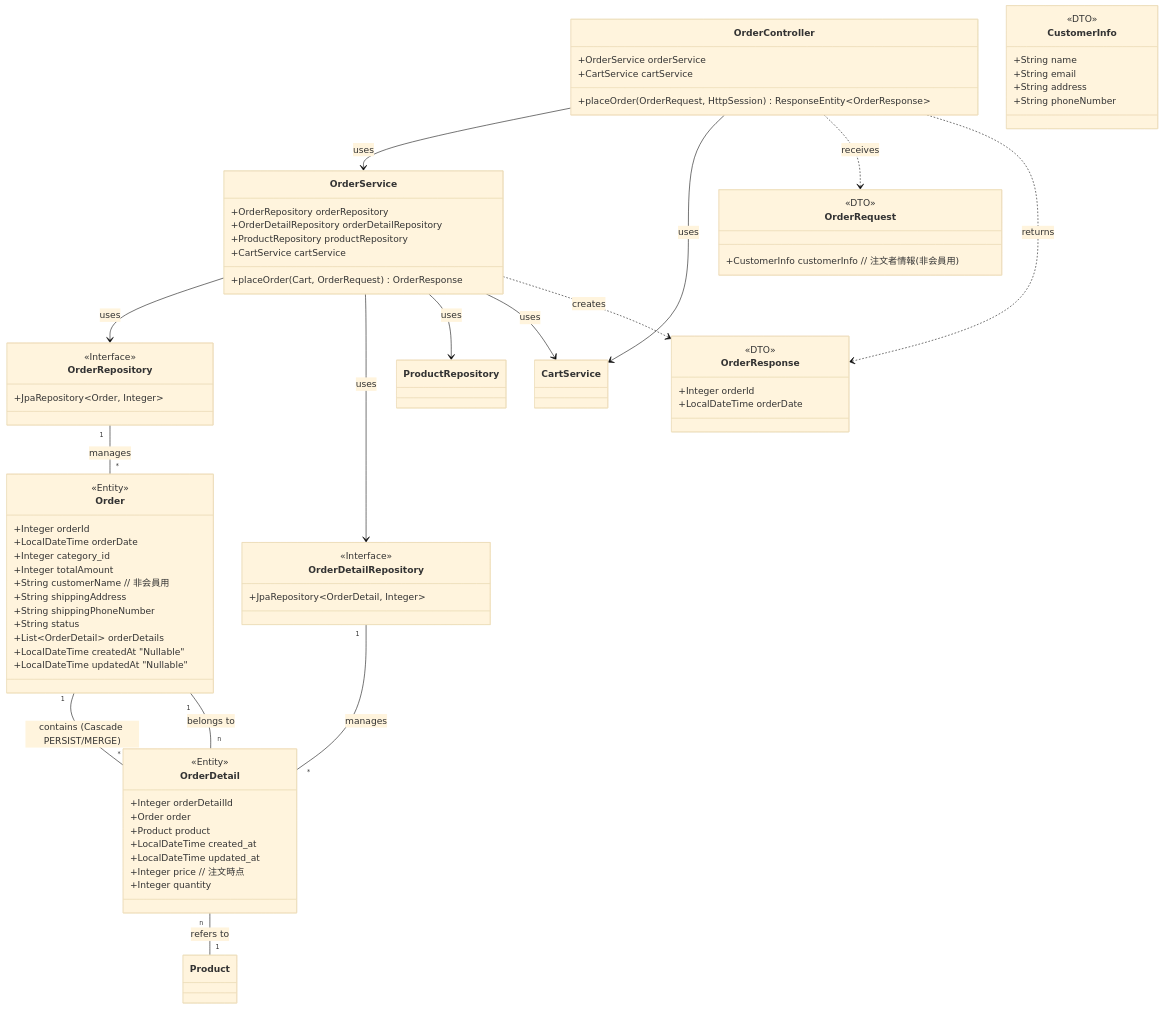
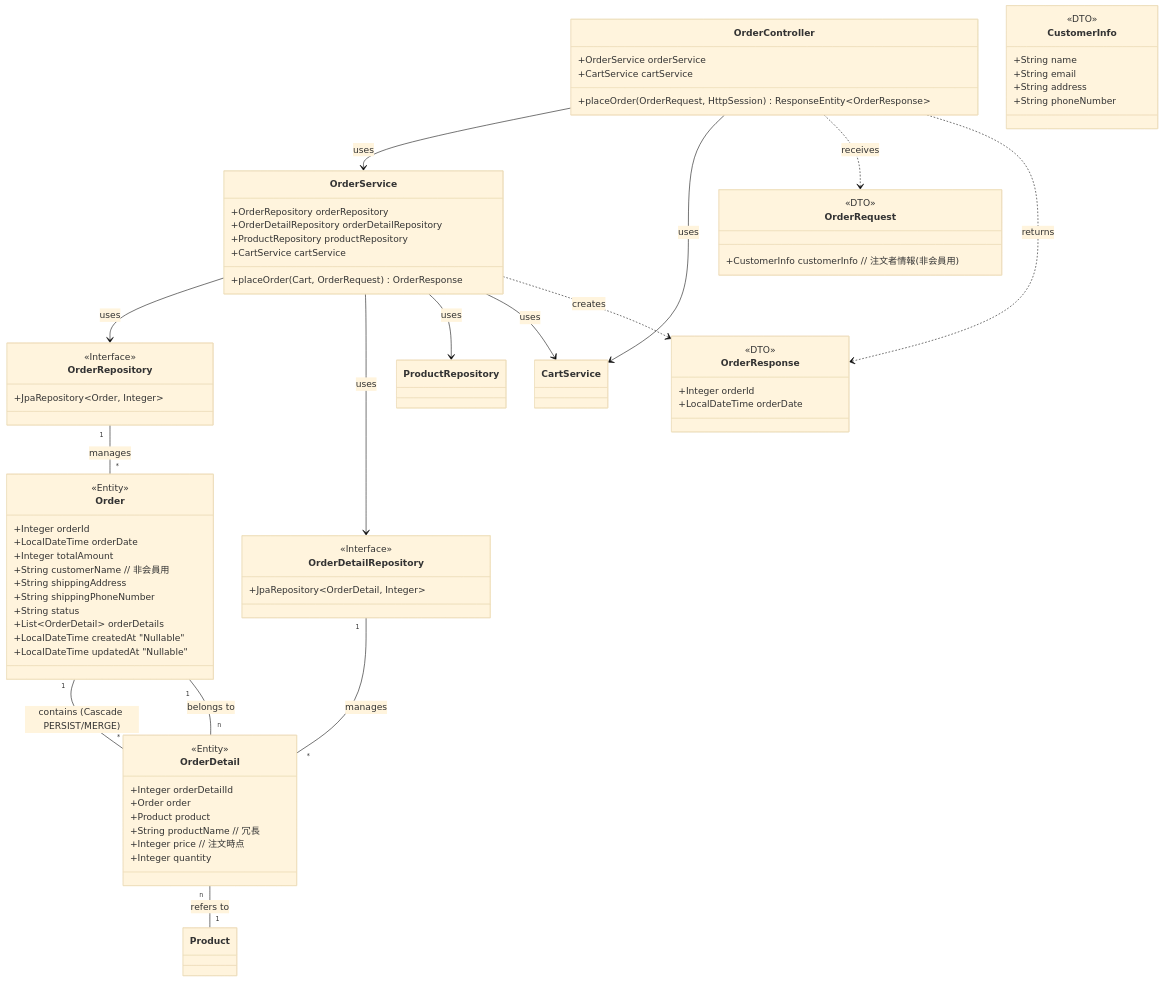
The tenth of 12 diagrams in 詳細設計書/詳細設計書.md (Rikumt12/Popcorn), drawn with Mermaid (base theme) before and after one commit. The commit also changed other lines of this file, not shown here.

````diff
--- a/詳細設計書/詳細設計書.md
+++ b/詳細設計書/詳細設計書.md
@@ -475,79 +476,77 @@
 ```mermaid
 classDiagram
     class OrderController {
         +OrderService orderService
         +CartService cartService
         +placeOrder(OrderRequest, HttpSession) ResponseEntity~OrderResponse~
     }
     class OrderService {
         +OrderRepository orderRepository
         +OrderDetailRepository orderDetailRepository
         +ProductRepository productRepository
         +CartService cartService
         +placeOrder(Cart, OrderRequest) OrderResponse
     }
     class OrderRepository {
         <<Interface>>
         +JpaRepository~Order, Integer~
     }
      class OrderDetailRepository {
         <<Interface>>
         +JpaRepository~OrderDetail, Integer~
     }
     class Order {
         <<Entity>>
         +Integer orderId
         +LocalDateTime orderDate
-        +Integer category_id
         +Integer totalAmount
         +String customerName // 非会員用
         +String shippingAddress
         +String shippingPhoneNumber
         +String status
         +List~OrderDetail~ orderDetails
         +LocalDateTime createdAt "Nullable"
         +LocalDateTime updatedAt "Nullable"
     }
     class OrderDetail {
         <<Entity>>
         +Integer orderDetailId
         +Order order
         +Product product
-        +LocalDateTime created_at
-        +LocalDateTime updated_at
+        +String productName // 冗長
         +Integer price // 注文時点
         +Integer quantity
     }
     class OrderRequest {
         <<DTO>>
         +CustomerInfo customerInfo // 注文者情報(非会員用)
     }
     class CustomerInfo{
          <<DTO>>
         +String name
         +String email
         +String address
         +String phoneNumber
     }
     class OrderResponse {
         <<DTO>>
         +Integer orderId
         +LocalDateTime orderDate
     }
 
     OrderController --> OrderService : uses
     OrderController --> CartService : uses
     OrderService --> OrderRepository : uses
     OrderService --> OrderDetailRepository : uses
     OrderService --> ProductRepository : uses
     OrderService --> CartService : uses
     OrderRepository "1" -- "*" Order : manages
     OrderDetailRepository "1" -- "*" OrderDetail : manages
     Order "1" -- "*" OrderDetail : contains (Cascade PERSIST/MERGE)
     OrderDetail "n" -- "1" Order : belongs to
     OrderDetail "n" -- "1" Product : refers to
 
     OrderController ..> OrderRequest : receives
     OrderController ..> OrderResponse : returns
     OrderService ..> OrderResponse : creates
 ```
````
